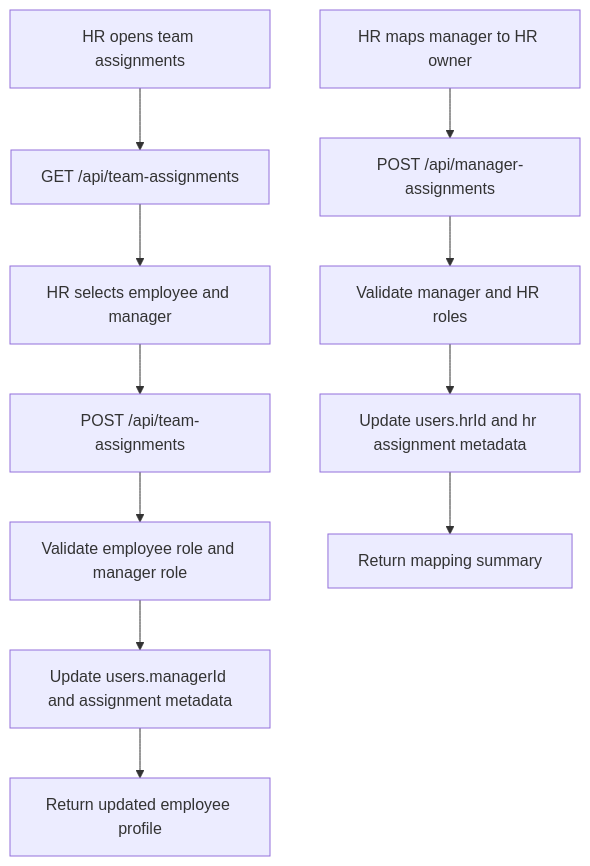
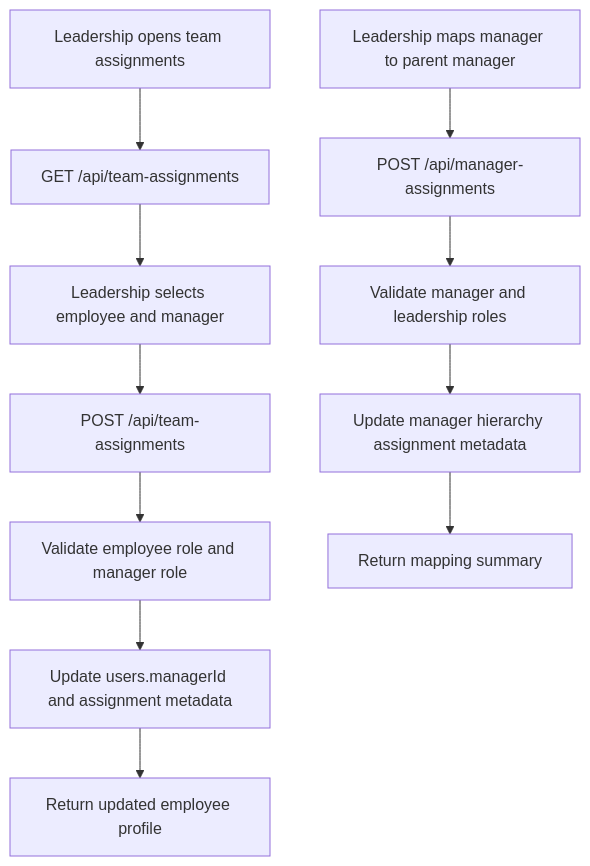
Before and after one commit to YashTiwari00/HR_Console_Next: the seventh of 7 diagrams in docs/PROJECT_FLOW_DIAGRAMS_MERMAID.md, drawn with Mermaid. The commit also changed 144 other files, not shown here.

````diff
--- a/docs/PROJECT_FLOW_DIAGRAMS_MERMAID.md
+++ b/docs/PROJECT_FLOW_DIAGRAMS_MERMAID.md
@@ -136,14 +136,14 @@
 ```mermaid
 flowchart TD
-    A[HR opens team assignments] --> B[GET /api/team-assignments]
-    B --> C[HR selects employee and manager]
+    A[Leadership opens team assignments] --> B[GET /api/team-assignments]
+    B --> C[Leadership selects employee and manager]
     C --> D[POST /api/team-assignments]
     D --> E[Validate employee role and manager role]
     E --> F[Update users.managerId and assignment metadata]
     F --> G[Return updated employee profile]
 
-    H[HR maps manager to HR owner] --> I[POST /api/manager-assignments]
-    I --> J[Validate manager and HR roles]
-    J --> K[Update users.hrId and hr assignment metadata]
+    H[Leadership maps manager to parent manager] --> I[POST /api/manager-assignments]
+    I --> J[Validate manager and leadership roles]
+    J --> K[Update manager hierarchy assignment metadata]
     K --> L[Return mapping summary]
 ```
````
